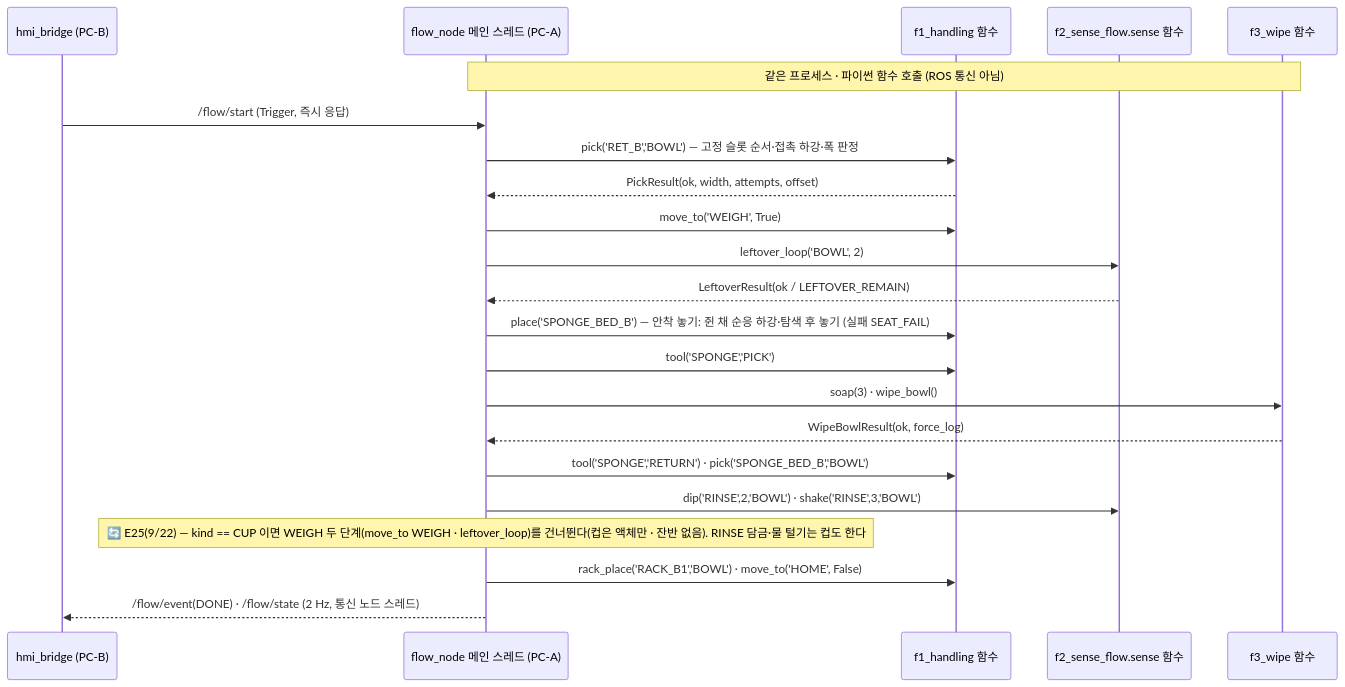
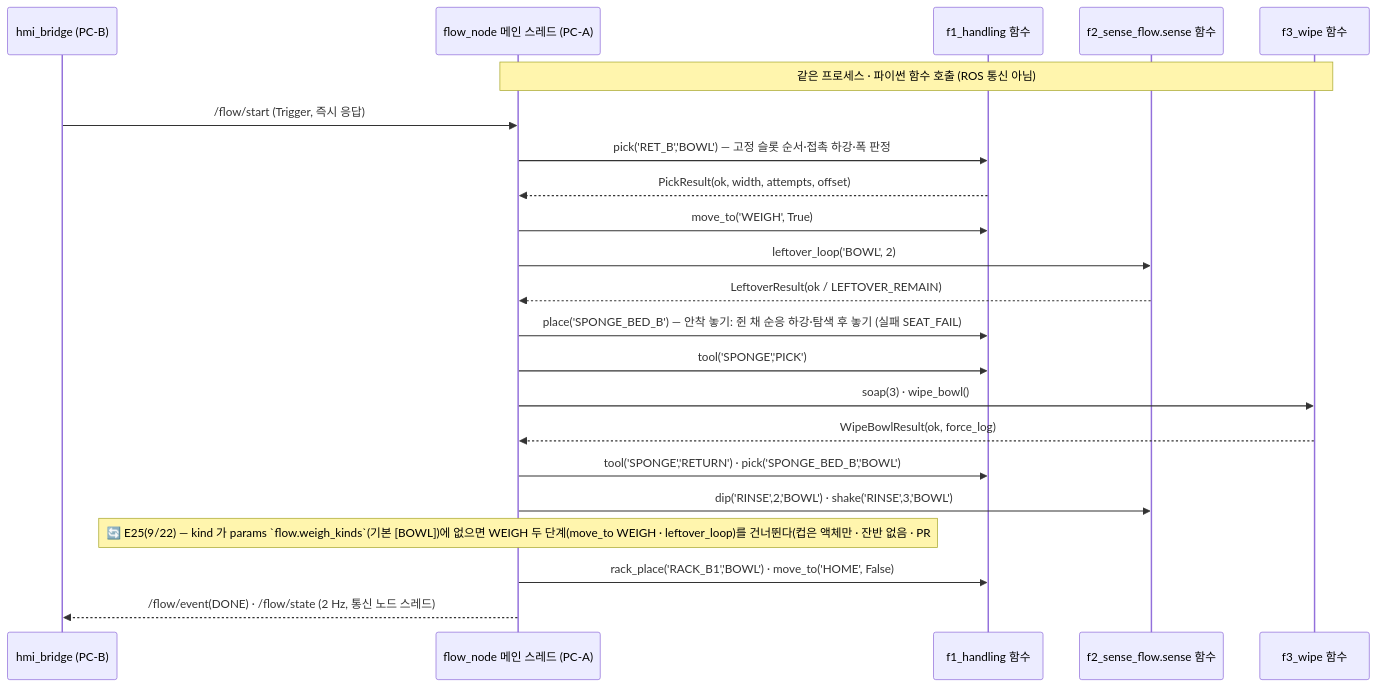
The first of 2 diagrams in docs/03_설계_SDD.md (hwang-injae/rokey_9_pjt1_D2), drawn with Mermaid before and after one commit. The commit also changed other lines of this file and 2 other files, not shown here.

Commit message:
일정표 v15.3 · SDD §5.3 · 리마인드 — PR #70 반영: FLOW-05 완료(weigh_kinds) · 물 털기 BASE X 직선 왕복 · 무게 표본 창 21 s · min_net_g −60

````diff
--- a/docs/03_설계_SDD.md
+++ b/docs/03_설계_SDD.md
@@ -214,24 +214,24 @@
 ```mermaid
 sequenceDiagram
   participant H as hmi_bridge (PC-B)
   participant W as flow_node 메인 스레드 (PC-A)
   participant A as f1_handling 함수
   participant B as f2_sense_flow.sense 함수
   participant C as f3_wipe 함수
   Note over W,C: 같은 프로세스 · 파이썬 함수 호출 (ROS 통신 아님)
   H->>W: /flow/start (Trigger, 즉시 응답)
   W->>A: pick('RET_B','BOWL')  — 고정 슬롯 순서·접촉 하강·폭 판정
   A-->>W: PickResult(ok, width, attempts, offset)
   W->>A: move_to('WEIGH', True)
   W->>B: leftover_loop('BOWL', 2)
   B-->>W: LeftoverResult(ok / LEFTOVER_REMAIN)
   W->>A: place('SPONGE_BED_B')  — 안착 놓기: 쥔 채 순응 하강·탐색 후 놓기 (실패 SEAT_FAIL)
   W->>A: tool('SPONGE','PICK')
   W->>C: soap(3) · wipe_bowl()
   C-->>W: WipeBowlResult(ok, force_log)
   W->>A: tool('SPONGE','RETURN') · pick('SPONGE_BED_B','BOWL')
   W->>B: dip('RINSE',2,'BOWL') · shake('RINSE',3,'BOWL')
-  Note over W: 🔄 E25(9/22) — kind == CUP 이면 WEIGH 두 단계(move_to WEIGH · leftover_loop)를 건너뛴다(컵은 액체만 · 잔반 없음). RINSE 담금·물 털기는 컵도 한다
+  Note over W: 🔄 E25(9/22) — kind 가 params `flow.weigh_kinds`(기본 [BOWL])에 없으면 WEIGH 두 단계(move_to WEIGH · leftover_loop)를 건너뛴다(컵은 액체만 · 잔반 없음 · PR #70 FLOW-05). RINSE 담금·물 털기는 컵도 한다
   W->>A: rack_place('RACK_B1','BOWL') · move_to('HOME', False)
   W-->>H: /flow/event(DONE) · /flow/state (2 Hz, 통신 노드 스레드)
 ```
````
